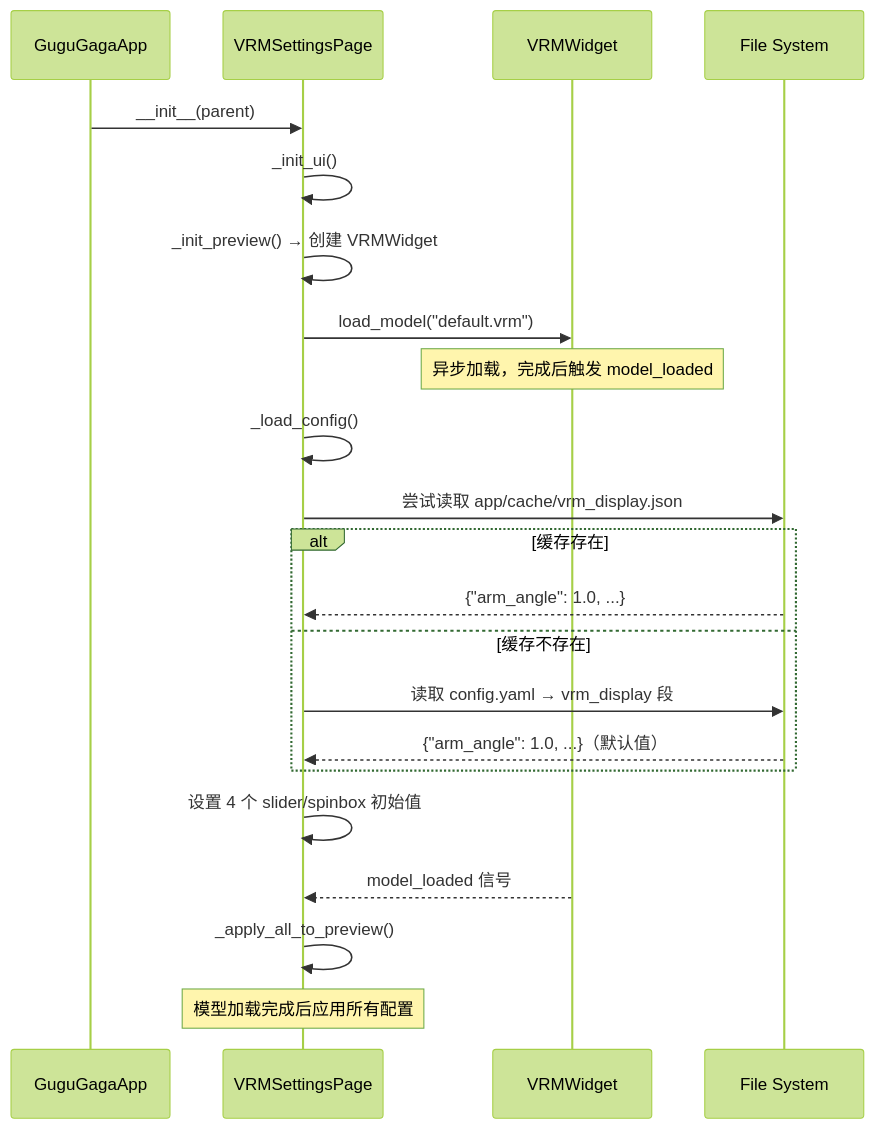
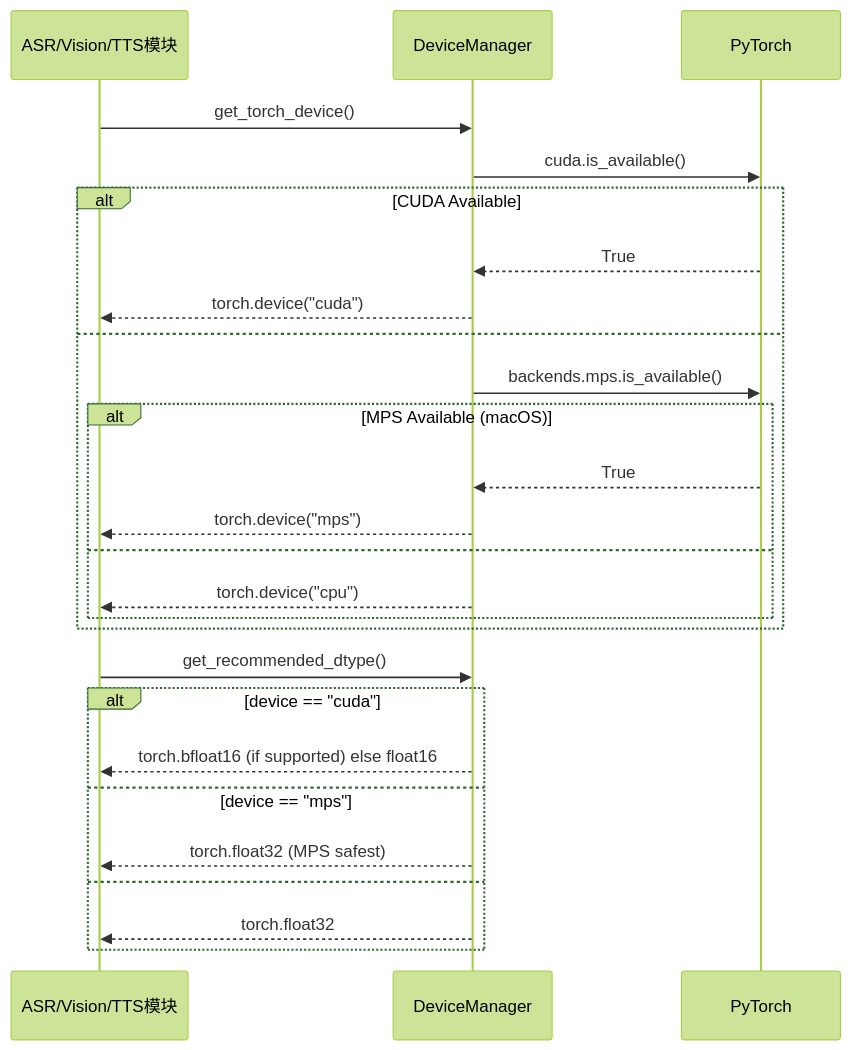
Before and after one commit to xzt238/ai-vtuber-fixed: the third of 5 diagrams in docs/system_design.md, drawn with Mermaid (forest theme). The commit also changed other lines of this file and 15 other files, not shown here.

````diff
--- a/docs/system_design.md
+++ b/docs/system_design.md
@@ -264,25 +299,30 @@
 ```mermaid
 sequenceDiagram
-    participant Main as GuguGagaApp
-    participant SP as VRMSettingsPage
-    participant VRM as VRMWidget
-    participant FS as File System
+    participant Module as ASR/Vision/TTS模块
+    participant DM as DeviceManager
+    participant Torch as PyTorch
 
-    Main->>SP: __init__(parent)
-    SP->>SP: _init_ui()
-    SP->>SP: _init_preview() → 创建 VRMWidget
-    SP->>VRM: load_model("default.vrm")
-    Note over VRM: 异步加载，完成后触发 model_loaded
-    SP->>SP: _load_config()
-    SP->>FS: 尝试读取 app/cache/vrm_display.json
-    alt 缓存存在
-        FS-->>SP: {"arm_angle": 1.0, ...}
-    else 缓存不存在
-        SP->>FS: 读取 config.yaml → vrm_display 段
-        FS-->>SP: {"arm_angle": 1.0, ...}（默认值）
+    Module->>DM: get_torch_device()
+    DM->>Torch: cuda.is_available()
+    alt CUDA Available
+        Torch-->>DM: True
+        DM-->>Module: torch.device("cuda")
+    else
+        DM->>Torch: backends.mps.is_available()
+        alt MPS Available (macOS)
+            Torch-->>DM: True
+            DM-->>Module: torch.device("mps")
+        else
+            DM-->>Module: torch.device("cpu")
+        end
     end
-    SP->>SP: 设置 4 个 slider/spinbox 初始值
-    VRM-->>SP: model_loaded 信号
-    SP->>SP: _apply_all_to_preview()
-    Note over SP: 模型加载完成后应用所有配置
+
+    Module->>DM: get_recommended_dtype()
+    alt device == "cuda"
+        DM-->>Module: torch.bfloat16 (if supported) else float16
+    else device == "mps"
+        DM-->>Module: torch.float32 (MPS safest)
+    else
+        DM-->>Module: torch.float32
+    end
 ```
````
